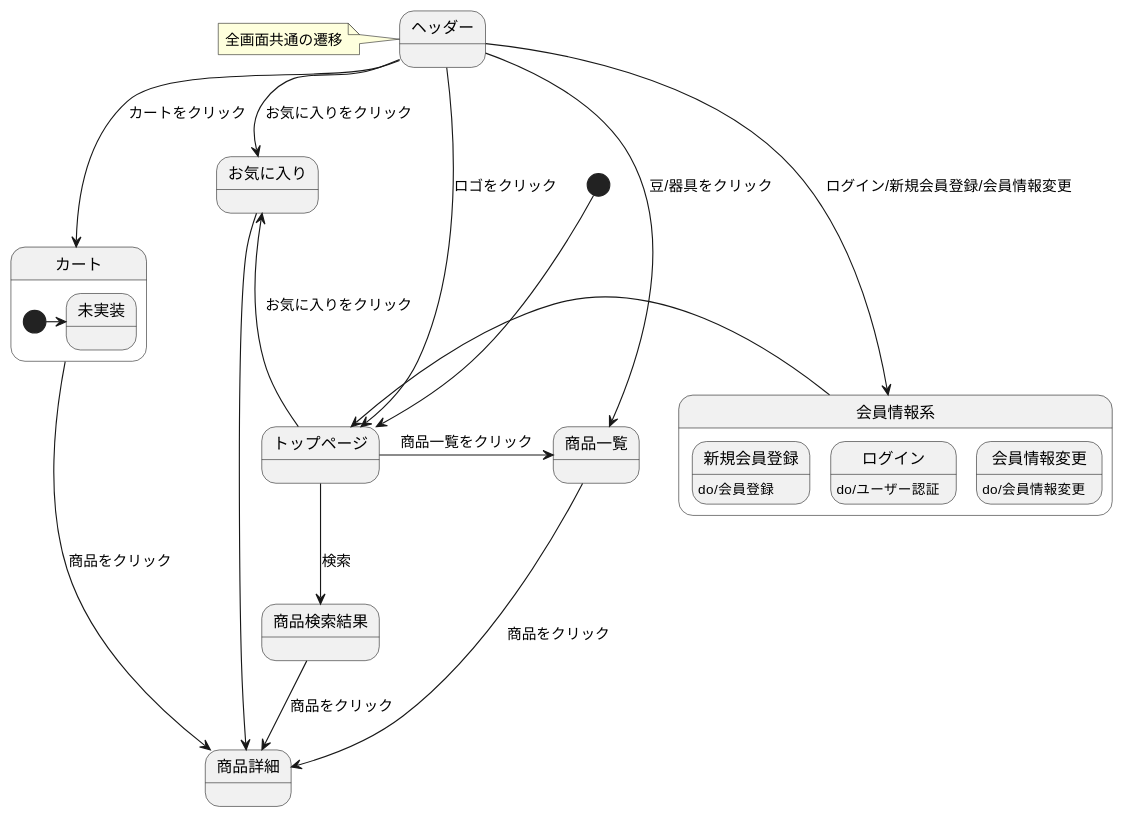
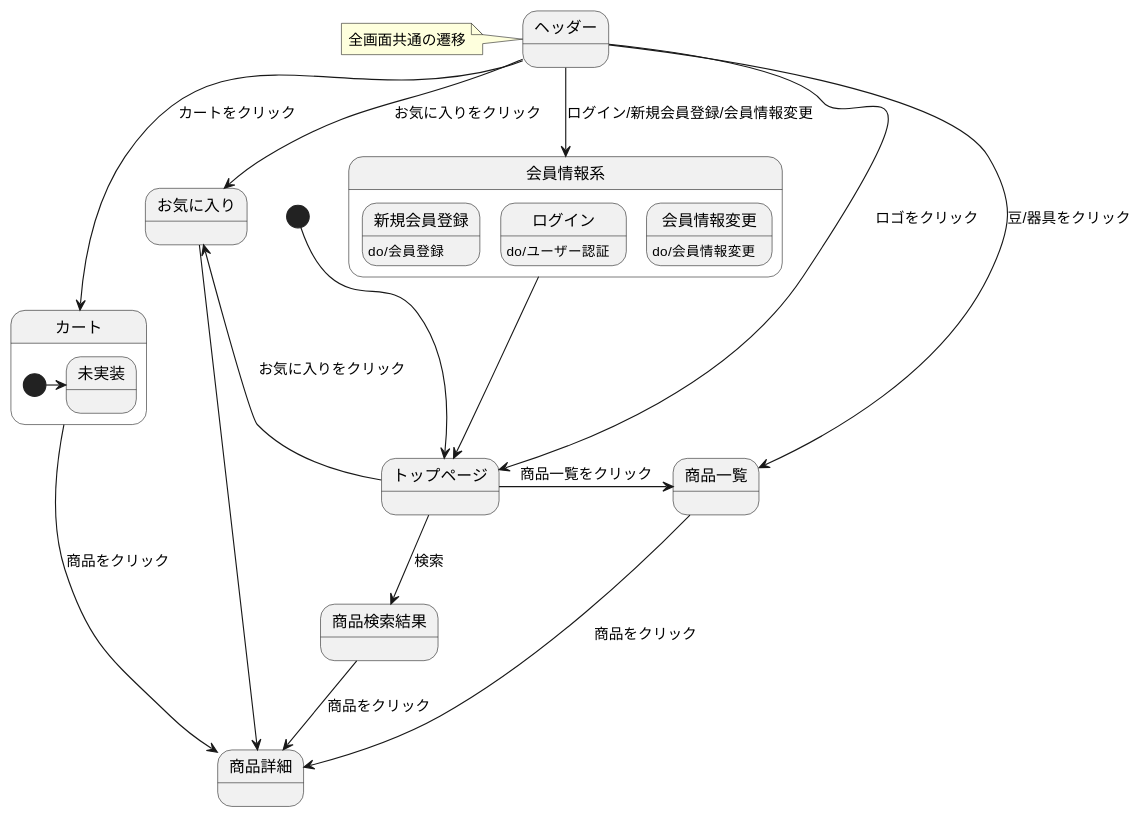
The diagram in 03_画面遷移図/stm_03.md (Aso2101122/coffeeEC), drawn with PlantUML before and after one commit.

````diff
--- a/03_画面遷移図/stm_03.md
+++ b/03_画面遷移図/stm_03.md
@@ -2,34 +2,34 @@
 ```uml
 @startuml
 [*]-down->トップページ
 トップページ-->商品検索結果: 検索
 トップページ-right->商品一覧: 商品一覧をクリック
 商品一覧->商品詳細: 商品をクリック
 商品検索結果-down->商品詳細: 商品をクリック
 トップページ--up>お気に入り: お気に入りをクリック
 お気に入り-down->商品詳細
 カート->商品詳細: 商品をクリック
 
 state ヘッダー{
 }
 note left of ヘッダー: 全画面共通の遷移
 
 
 ヘッダー-down->トップページ: ロゴをクリック
 ヘッダー-down->商品一覧: 豆/器具をクリック
 ヘッダー-down->会員情報系: ログイン/新規会員登録/会員情報変更
 ヘッダー-down->お気に入り: お気に入りをクリック
 ヘッダー-down->カート: カートをクリック
 
 state 会員情報系{
 新規会員登録 : do/会員登録
 ログイン : do/ユーザー認証
 会員情報変更 : do/会員情報変更
 }
-会員情報系-left->トップページ
+会員情報系-down->トップページ
 
 state カート{
 [*]-right->未実装
 }
 @enduml
 ```
````
